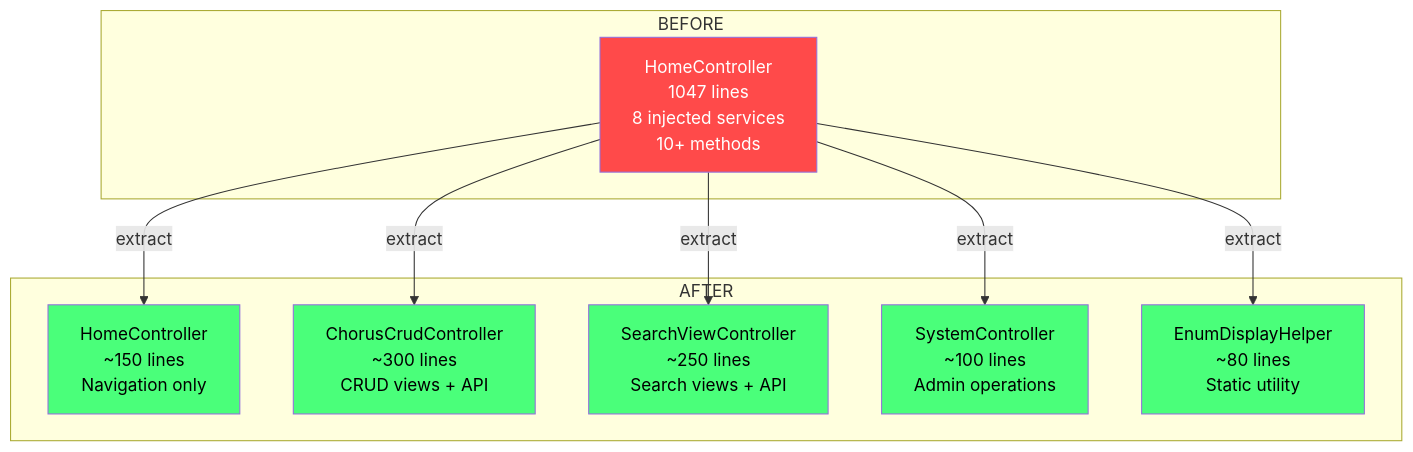
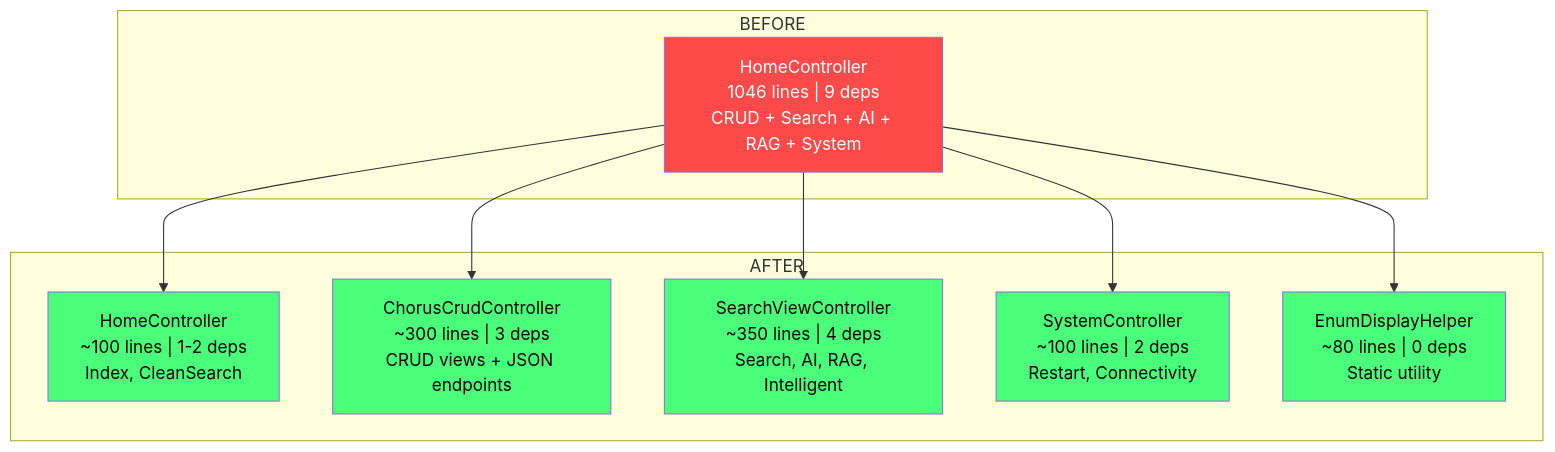
One commit to loganventer/CHAP2 changed the fourth of 11 diagrams in .work/REFACTORING_PLAN.md. Above: the diagram before and after it, drawn with Mermaid. The commit also changed other lines of this file and 24 other files, not shown here.

````diff
--- a/.work/REFACTORING_PLAN.md
+++ b/.work/REFACTORING_PLAN.md
@@ -229,27 +217,27 @@
 ```mermaid
 graph TD
     subgraph "BEFORE"
-        HC["HomeController<br/>1047 lines<br/>8 injected services<br/>10+ methods"]
+        HC["HomeController<br/>1046 lines | 9 deps<br/>CRUD + Search + AI + RAG + System"]
     end
 
     subgraph "AFTER"
-        HC2["HomeController<br/>~150 lines<br/>Navigation only"]
-        CRUD["ChorusCrudController<br/>~300 lines<br/>CRUD views + API"]
-        SEARCH["SearchViewController<br/>~250 lines<br/>Search views + API"]
-        SYS["SystemController<br/>~100 lines<br/>Admin operations"]
-        ENUM["EnumDisplayHelper<br/>~80 lines<br/>Static utility"]
+        HC2["HomeController<br/>~100 lines | 1-2 deps<br/>Index, CleanSearch"]
+        CRUD["ChorusCrudController<br/>~300 lines | 3 deps<br/>CRUD views + JSON endpoints"]
+        SEARCH["SearchViewController<br/>~350 lines | 4 deps<br/>Search, AI, RAG, Intelligent"]
+        SYS["SystemController<br/>~100 lines | 2 deps<br/>Restart, Connectivity"]
+        ENUM["EnumDisplayHelper<br/>~80 lines | 0 deps<br/>Static utility"]
     end
 
-    HC -->|extract| HC2
-    HC -->|extract| CRUD
-    HC -->|extract| SEARCH
-    HC -->|extract| SYS
-    HC -->|extract| ENUM
+    HC --> HC2
+    HC --> CRUD
+    HC --> SEARCH
+    HC --> SYS
+    HC --> ENUM
 
     style HC fill:#ff4a4a,color:#fff
     style HC2 fill:#4aff7a,color:#000
     style CRUD fill:#4aff7a,color:#000
     style SEARCH fill:#4aff7a,color:#000
     style SYS fill:#4aff7a,color:#000
     style ENUM fill:#4aff7a,color:#000
 ```
````
